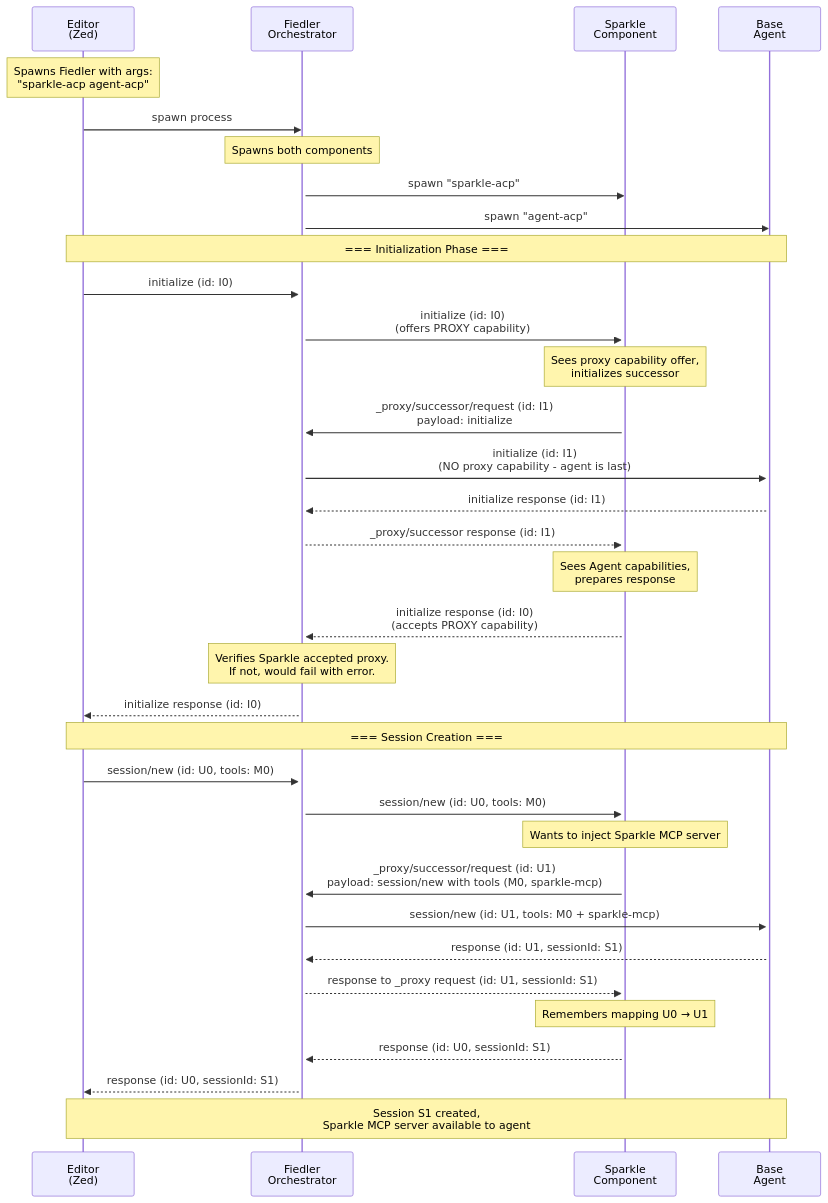
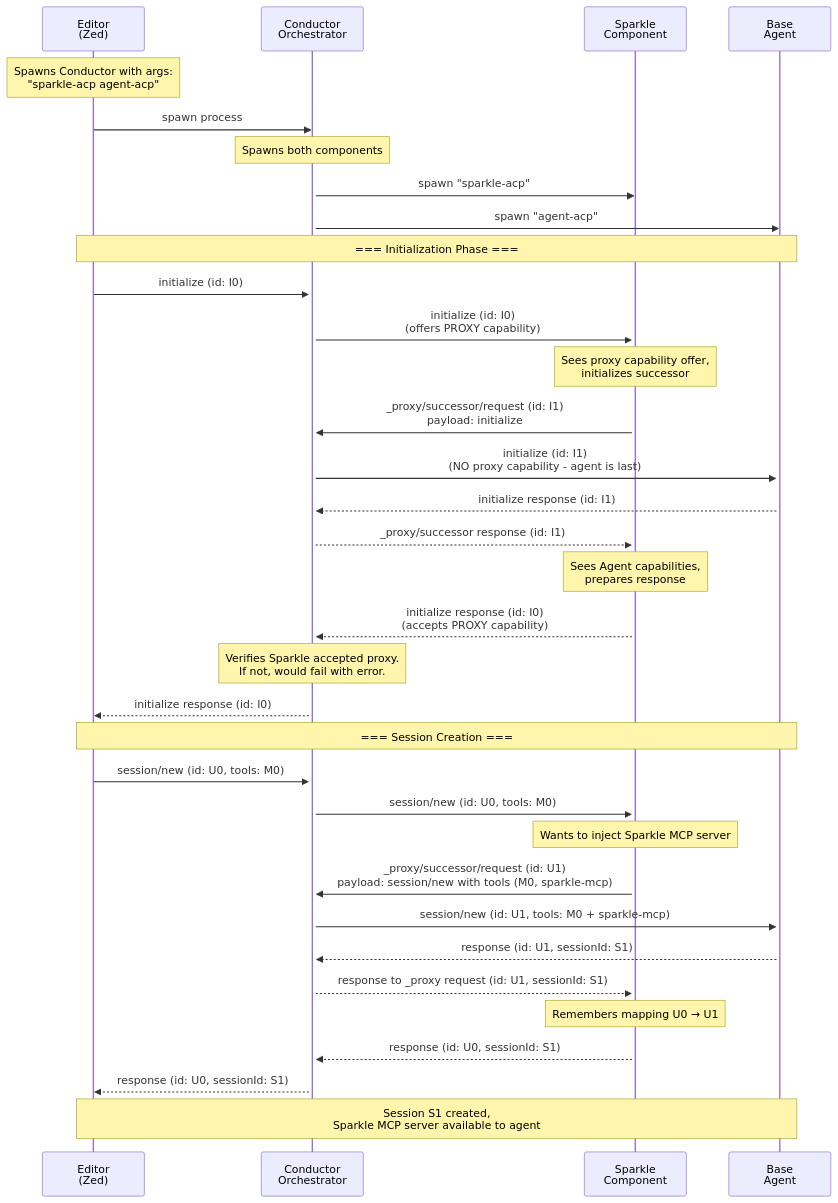
The fourth of 6 diagrams in md/proxying-acp.md (symposium-dev/symposium-acp), drawn with Mermaid before and after one commit. The commit also changed other lines of this file and 4 other files, not shown here.

First line of the commit message:
Remove all references to "Fiedler" and use "Conductor" consistently

````diff
--- a/md/proxying-acp.md
+++ b/md/proxying-acp.md
@@ -640,57 +640,57 @@
 ```mermaid
 sequenceDiagram
     participant Editor as Editor<br/>(Zed)
-    participant Fiedler as Fiedler<br/>Orchestrator
+    participant Conductor as Conductor<br/>Orchestrator
     participant Sparkle as Sparkle<br/>Component
     participant Agent as Base<br/>Agent
 
-    Note over Editor: Spawns Fiedler with args:<br/>"sparkle-acp agent-acp"
-    Editor->>Fiedler: spawn process
-    activate Fiedler
+    Note over Editor: Spawns Conductor with args:<br/>"sparkle-acp agent-acp"
+    Editor->>Conductor: spawn process
+    activate Conductor
     
-    Note over Fiedler: Spawns both components
-    Fiedler->>Sparkle: spawn "sparkle-acp"
+    Note over Conductor: Spawns both components
+    Conductor->>Sparkle: spawn "sparkle-acp"
     activate Sparkle
-    Fiedler->>Agent: spawn "agent-acp"
+    Conductor->>Agent: spawn "agent-acp"
     activate Agent
     
     Note over Editor,Agent: === Initialization Phase ===
     
-    Editor->>Fiedler: initialize (id: I0)
-    Fiedler->>Sparkle: initialize (id: I0)<br/>(offers PROXY capability)
+    Editor->>Conductor: initialize (id: I0)
+    Conductor->>Sparkle: initialize (id: I0)<br/>(offers PROXY capability)
     
     Note over Sparkle: Sees proxy capability offer,<br/>initializes successor
     
-    Sparkle->>Fiedler: _proxy/successor/request (id: I1)<br/>payload: initialize
-    Fiedler->>Agent: initialize (id: I1)<br/>(NO proxy capability - agent is last)
-    Agent-->>Fiedler: initialize response (id: I1)
-    Fiedler-->>Sparkle: _proxy/successor response (id: I1)
+    Sparkle->>Conductor: _proxy/successor/request (id: I1)<br/>payload: initialize
+    Conductor->>Agent: initialize (id: I1)<br/>(NO proxy capability - agent is last)
+    Agent-->>Conductor: initialize response (id: I1)
+    Conductor-->>Sparkle: _proxy/successor response (id: I1)
     
     Note over Sparkle: Sees Agent capabilities,<br/>prepares response
     
-    Sparkle-->>Fiedler: initialize response (id: I0)<br/>(accepts PROXY capability)
+    Sparkle-->>Conductor: initialize response (id: I0)<br/>(accepts PROXY capability)
     
-    Note over Fiedler: Verifies Sparkle accepted proxy.<br/>If not, would fail with error.
+    Note over Conductor: Verifies Sparkle accepted proxy.<br/>If not, would fail with error.
     
-    Fiedler-->>Editor: initialize response (id: I0)
+    Conductor-->>Editor: initialize response (id: I0)
     
     Note over Editor,Agent: === Session Creation ===
     
-    Editor->>Fiedler: session/new (id: U0, tools: M0)
-    Fiedler->>Sparkle: session/new (id: U0, tools: M0)
+    Editor->>Conductor: session/new (id: U0, tools: M0)
+    Conductor->>Sparkle: session/new (id: U0, tools: M0)
     
     Note over Sparkle: Wants to inject Sparkle MCP server
     
-    Sparkle->>Fiedler: _proxy/successor/request (id: U1)<br/>payload: session/new with tools (M0, sparkle-mcp)
-    Fiedler->>Agent: session/new (id: U1, tools: M0 + sparkle-mcp)
+    Sparkle->>Conductor: _proxy/successor/request (id: U1)<br/>payload: session/new with tools (M0, sparkle-mcp)
+    Conductor->>Agent: session/new (id: U1, tools: M0 + sparkle-mcp)
     
-    Agent-->>Fiedler: response (id: U1, sessionId: S1)
-    Fiedler-->>Sparkle: response to _proxy request (id: U1, sessionId: S1)
+    Agent-->>Conductor: response (id: U1, sessionId: S1)
+    Conductor-->>Sparkle: response to _proxy request (id: U1, sessionId: S1)
     
     Note over Sparkle: Remembers mapping U0 → U1
     
-    Sparkle-->>Fiedler: response (id: U0, sessionId: S1)
-    Fiedler-->>Editor: response (id: U0, sessionId: S1)
+    Sparkle-->>Conductor: response (id: U0, sessionId: S1)
+    Conductor-->>Editor: response (id: U0, sessionId: S1)
     
     Note over Editor,Agent: Session S1 created,<br/>Sparkle MCP server available to agent
 ```
````
